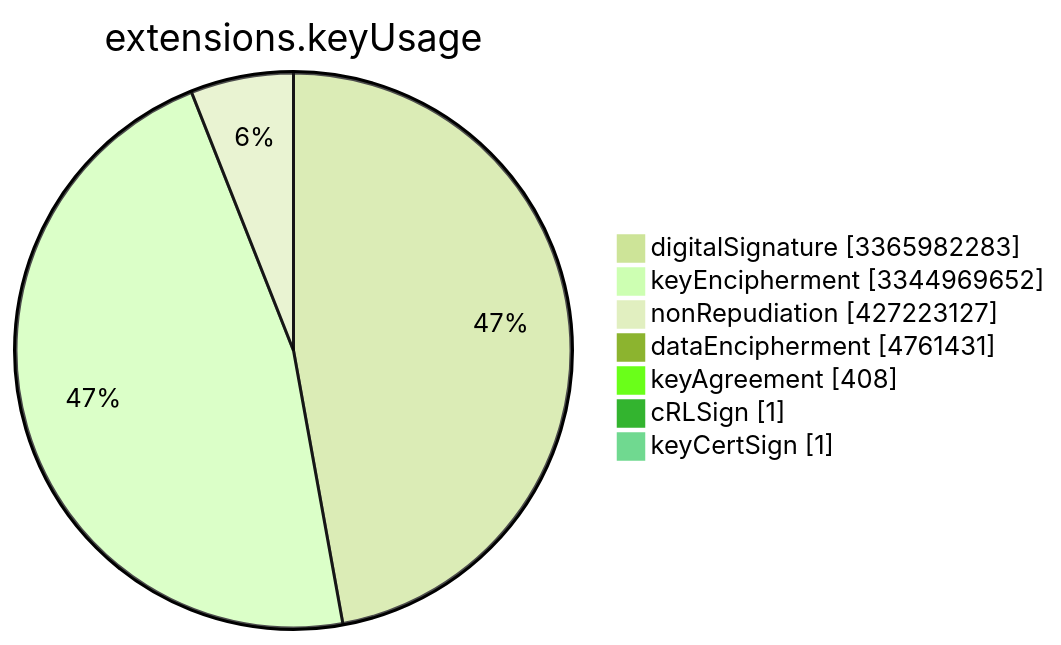
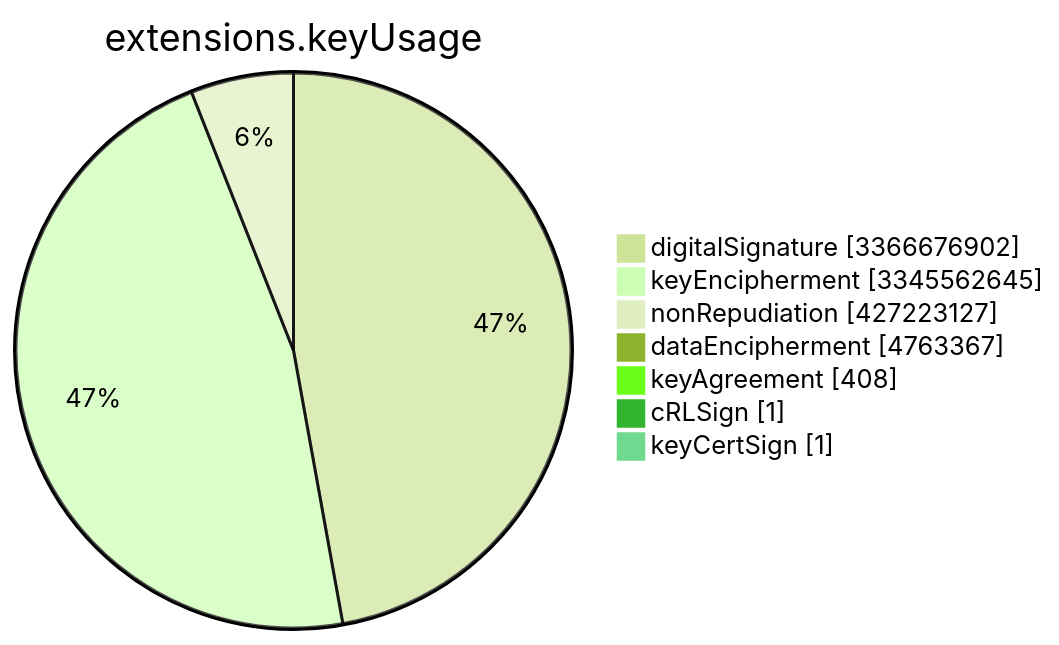
One commit to christiankrug/ctmonitor_visualization changed the sixth of 15 diagrams in TOTAL/README.md. Above: the diagram before and after it, drawn with Mermaid (forest theme). The commit also changed other lines of this file, not shown here.

````diff
--- a/TOTAL/README.md
+++ b/TOTAL/README.md
@@ -3079,11 +3079,11 @@
 ```mermaid
 pie showData
 title extensions.keyUsage
-"digitalSignature" :3365982283
-"keyEncipherment" :3344969652
+"digitalSignature" :3366676902
+"keyEncipherment" :3345562645
 "nonRepudiation" :427223127
-"dataEncipherment" :4761431
+"dataEncipherment" :4763367
 "keyAgreement" :408
 "cRLSign" :1
 "keyCertSign" :1
 ```
````
